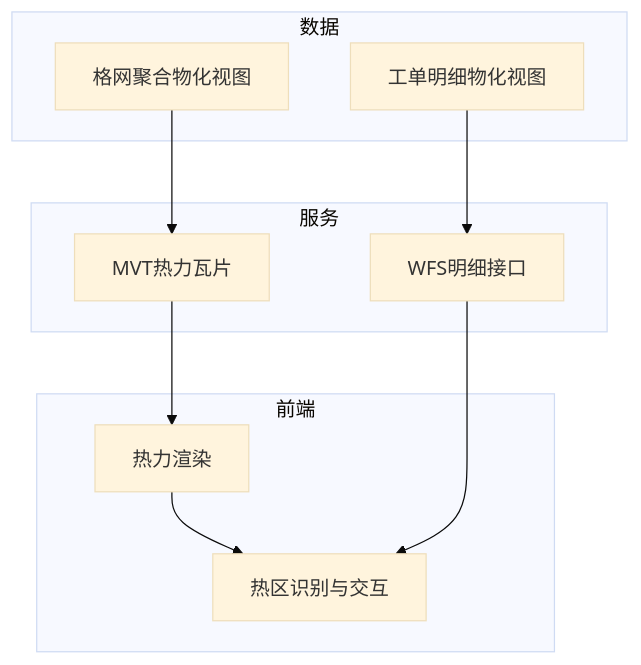
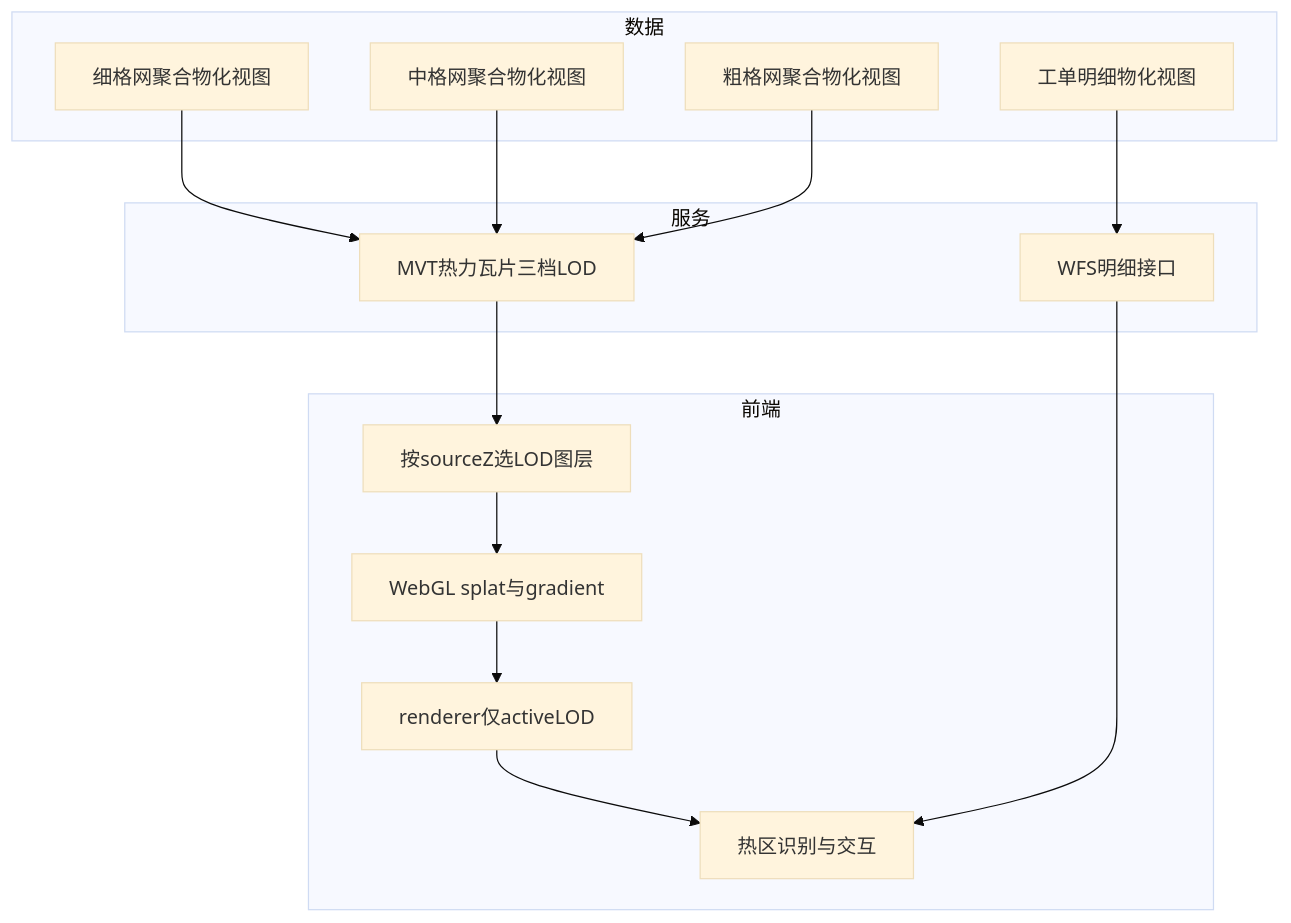
Before and after one commit to zheyi420/Dev-Wiki: the second of 6 diagrams in Blog/mvt-webgl_heatmap-ccl/百万级点数据：MVT + WebGL 热力渲染与 FBO 连通域热区工单统计.md, drawn with Mermaid (base theme). The commit also changed other lines of this file and 1 other file, not shown here.

````diff
--- a/Blog/mvt-webgl_heatmap-ccl/百万级点数据：MVT + WebGL 热力渲染与 FBO 连通域热区工单统计.md
+++ b/Blog/mvt-webgl_heatmap-ccl/百万级点数据：MVT + WebGL 热力渲染与 FBO 连通域热区工单统计.md
@@ -76,20 +79,28 @@
 ```mermaid
 flowchart TB
   subgraph data [数据]
-    gridMV[格网聚合物化视图]
+    gridMV5[细格网聚合物化视图]
+    gridMV100[中格网聚合物化视图]
+    gridMV300[粗格网聚合物化视图]
     orderMV[工单明细物化视图]
   end
   subgraph service [服务]
-    mvtOut[MVT热力瓦片]
+    mvtOut[MVT热力瓦片三档LOD]
     wfsOut[WFS明细接口]
   end
   subgraph client [前端]
-    heatRender[热力渲染]
+    lodPick[按sourceZ选LOD图层]
+    heatRender[WebGL splat与gradient]
+    rendererFilter[renderer仅activeLOD]
     regionWork[热区识别与交互]
   end
-  gridMV --> mvtOut
+  gridMV5 --> mvtOut
+  gridMV100 --> mvtOut
+  gridMV300 --> mvtOut
   orderMV --> wfsOut
-  mvtOut --> heatRender
-  heatRender --> regionWork
+  mvtOut --> lodPick
+  lodPick --> heatRender
+  heatRender --> rendererFilter
+  rendererFilter --> regionWork
   wfsOut --> regionWork
 ```
````
